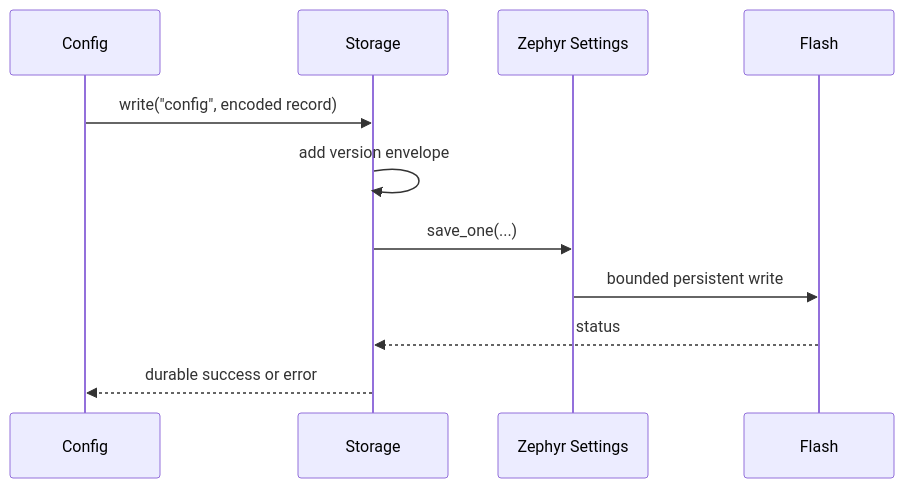
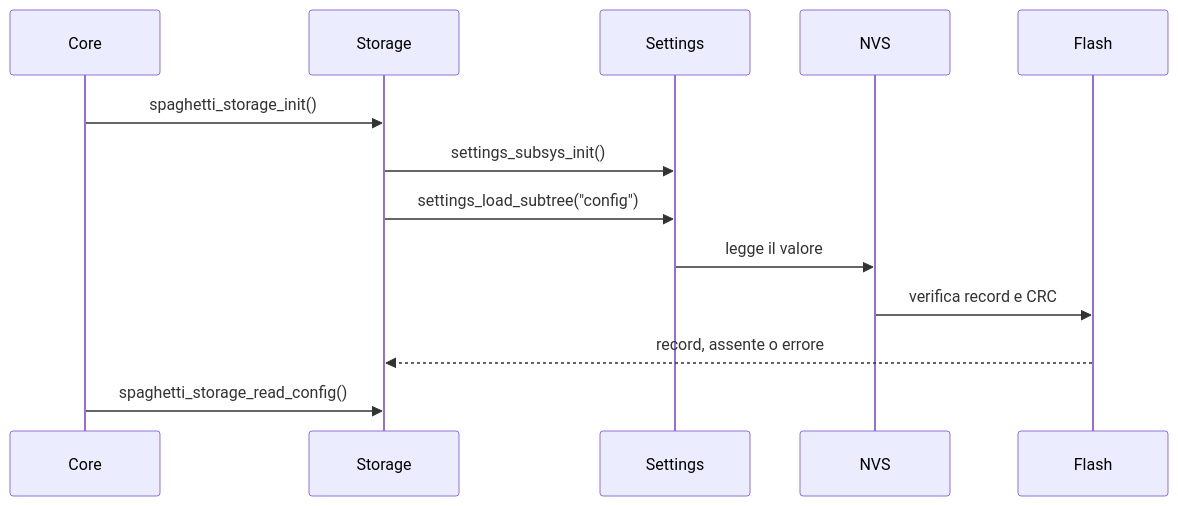
Before and after one commit to andreapiccini/SpaghettiLAB: the diagram in Firmware/core/subsys/services/storage/README.md, drawn with Mermaid. The commit also changed other lines of this file and 17 other files, not shown here.

````diff
--- a/Firmware/core/subsys/services/storage/README.md
+++ b/Firmware/core/subsys/services/storage/README.md
@@ -135,13 +51,15 @@
 ```mermaid
 sequenceDiagram
-    participant Config
+    participant Core
     participant Storage
-    participant Settings as Zephyr Settings
+    participant Settings
+    participant NVS
     participant Flash
-    Config->>Storage: write("config", encoded record)
-    Storage->>Storage: add version envelope
-    Storage->>Settings: save_one(...)
-    Settings->>Flash: bounded persistent write
-    Flash-->>Storage: status
-    Storage-->>Config: durable success or error
+    Core->>Storage: spaghetti_storage_init()
+    Storage->>Settings: settings_subsys_init()
+    Storage->>Settings: settings_load_subtree("config")
+    Settings->>NVS: legge il valore
+    NVS->>Flash: verifica record e CRC
+    Flash-->>Storage: record, assente o errore
+    Core->>Storage: spaghetti_storage_read_config()
 ```
````
